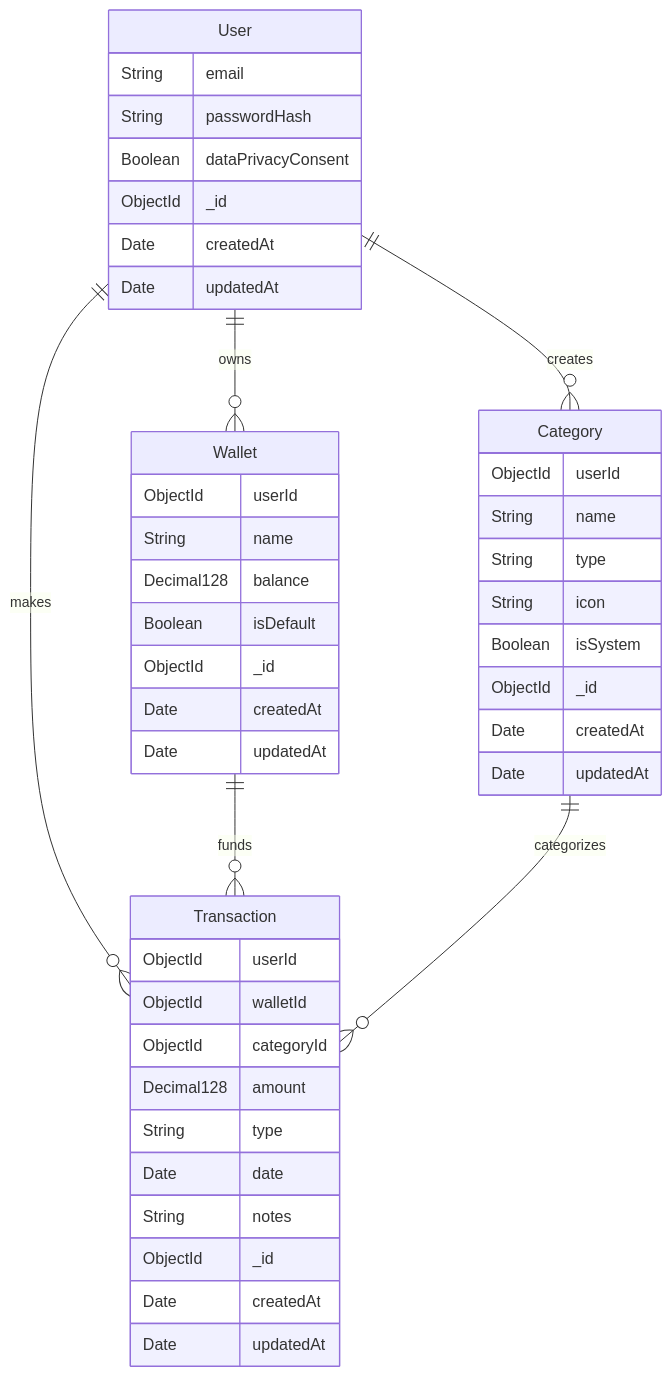
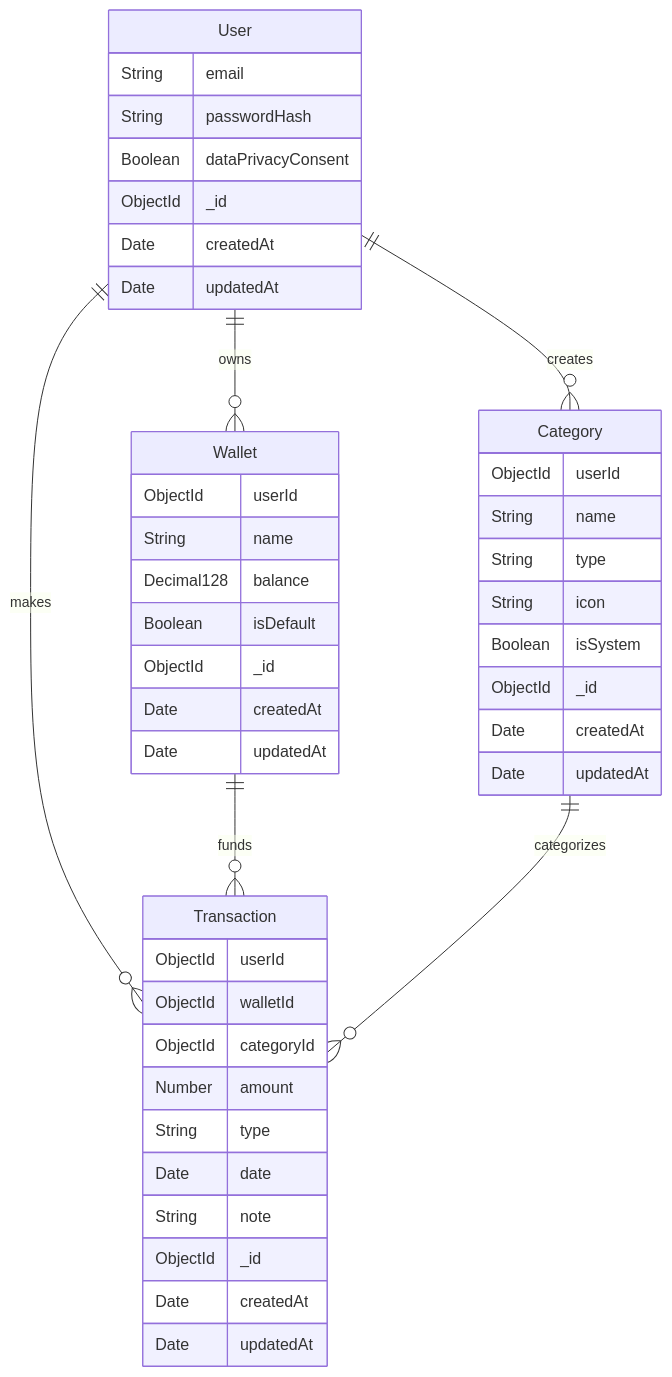
The diagram in docs/ERD.md (ComBiao/FinLover), drawn with Mermaid before and after one commit. The commit also changed 1 other file, not shown here.

Commit message:
feat: set up Transaction mongoose model
Implements the Transaction schema for the FinLover application.

- categoryId: required: false, default: null — must tolerate null assigned by
  Category cascade-delete hook; marking it required would throw validation
  errors on every linked transaction during a category deletion
- amount: Number with min: 0.01 validator; rejects zero and negative values
  with a clear error message ("Amount must be greater than zero.")
- note (singular, maxlength 255): optional string field
- type enum: 'Income' | 'Expense' — capitalized to match Category.ts exactly;
  lowercase values are rejected at the schema level
- pre('save') hook: validates that the referenced category's type matches the
  transaction's type; exits immediately when categoryId is null/falsy so
  uncategorized transactions are never blocked; uses mongoose.model('Category')
  for the lookup to avoid circular import between the two model files
- Indexes: single on userId, compound on { userId: 1, date: -1 } for
  "list transactions for user, newest first"
- Hot-reload export guard: (mongoose.models.Transaction as ...) || mongoose.model(...)
  required for Next.js hot-reload safety

````diff
--- a/docs/ERD.md
+++ b/docs/ERD.md
@@ -3,52 +3,52 @@
 ```mermaid
 erDiagram
   User ||--o{ Wallet : "owns"
   User ||--o{ Category : "creates"
   User ||--o{ Transaction : "makes"
   Wallet ||--o{ Transaction : "funds"
   Category ||--o{ Transaction : "categorizes"
 
   User {
     String email
     String passwordHash
     Boolean dataPrivacyConsent
     ObjectId _id
     Date createdAt
     Date updatedAt
   }
 
   Wallet {
     ObjectId userId
     String name
     Decimal128 balance
     Boolean isDefault
     ObjectId _id
     Date createdAt
     Date updatedAt
   }
 
   Category {
     ObjectId userId
     String name
     String type
     String icon
     Boolean isSystem
     ObjectId _id
     Date createdAt
     Date updatedAt
   }
 
   Transaction {
     ObjectId userId
     ObjectId walletId
     ObjectId categoryId
-    Decimal128 amount
+    Number amount
     String type
     Date date
-    String notes
+    String note
     ObjectId _id
     Date createdAt
     Date updatedAt
   }
 
 ```
````
